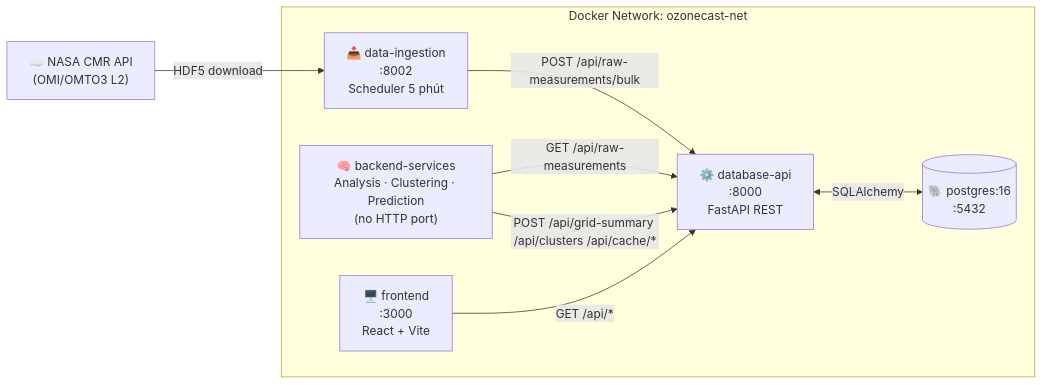
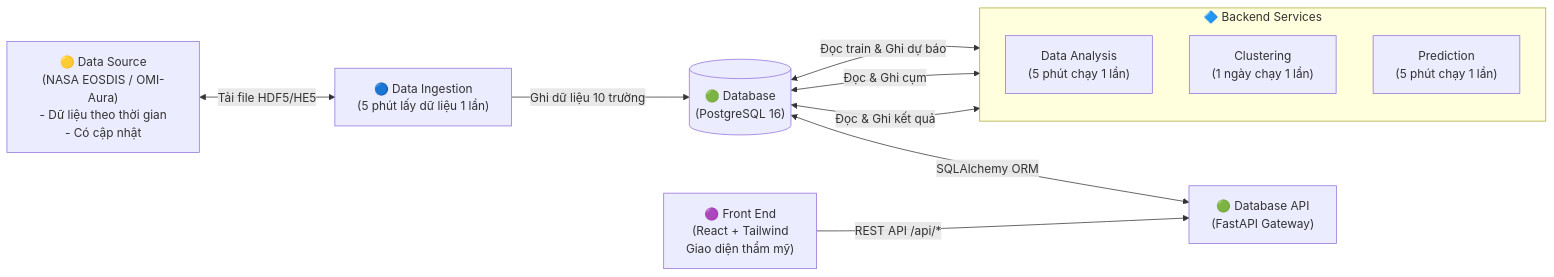
Before and after one commit to vpyy/OzoneCast: the diagram in README.md, drawn with Mermaid. The commit also changed other lines of this file, not shown here.

````diff
--- a/README.md
+++ b/README.md
@@ -7,18 +11,23 @@
 ```mermaid
-graph LR
-    NASA["☁️ NASA CMR API\n(OMI/OMTO3 L2)"]
-    subgraph Docker Network: ozonecast-net
-        DI["📥 data-ingestion\n:8002\nScheduler 5 phút"]
-        PG[("🐘 postgres:16\n:5432")]
-        DA["⚙️ database-api\n:8000\nFastAPI REST"]
-        BS["🧠 backend-services\nAnalysis · Clustering · Prediction\n(no HTTP port)"]
-        FE["🖥️ frontend\n:3000\nReact + Vite"]
+flowchart LR
+    DS["🟡 Data Source\n(NASA EOSDIS / OMI-Aura)\n- Dữ liệu theo thời gian\n- Có cập nhật"]
+    DI["🔵 Data Ingestion\n(5 phút lấy dữ liệu 1 lần)"]
+    DB[("🟢 Database\n(PostgreSQL 16)")]
+    DAPI["🟢 Database API\n(FastAPI Gateway)"]
+    FE["🟣 Front End\n(React + Tailwind\nGiao diện thẩm mỹ)"]
+
+    subgraph BS ["🔷 Backend Services"]
+        direction TB
+        DA["Data Analysis\n(5 phút chạy 1 lần)"]
+        CL["Clustering\n(1 ngày chạy 1 lần)"]
+        PR["Prediction\n(5 phút chạy 1 lần)"]
     end
 
-    NASA -->|HDF5 download| DI
-    DI -->|POST /api/raw-measurements/bulk| DA
-    DA <-->|SQLAlchemy| PG
-    BS -->|GET /api/raw-measurements| DA
-    BS -->|POST /api/grid-summary /api/clusters /api/cache/*| DA
-    FE -->|GET /api/*| DA
+    DS <-->|Tải file HDF5/HE5| DI
+    DI -->|Ghi dữ liệu 10 trường| DB
+    DB <-->|Đọc & Ghi kết quả| DA
+    DB <-->|Đọc & Ghi cụm| CL
+    DB <-->|Đọc train & Ghi dự báo| PR
+    DB <-->|SQLAlchemy ORM| DAPI
+    FE -->|REST API /api/*| DAPI
 ```
````
